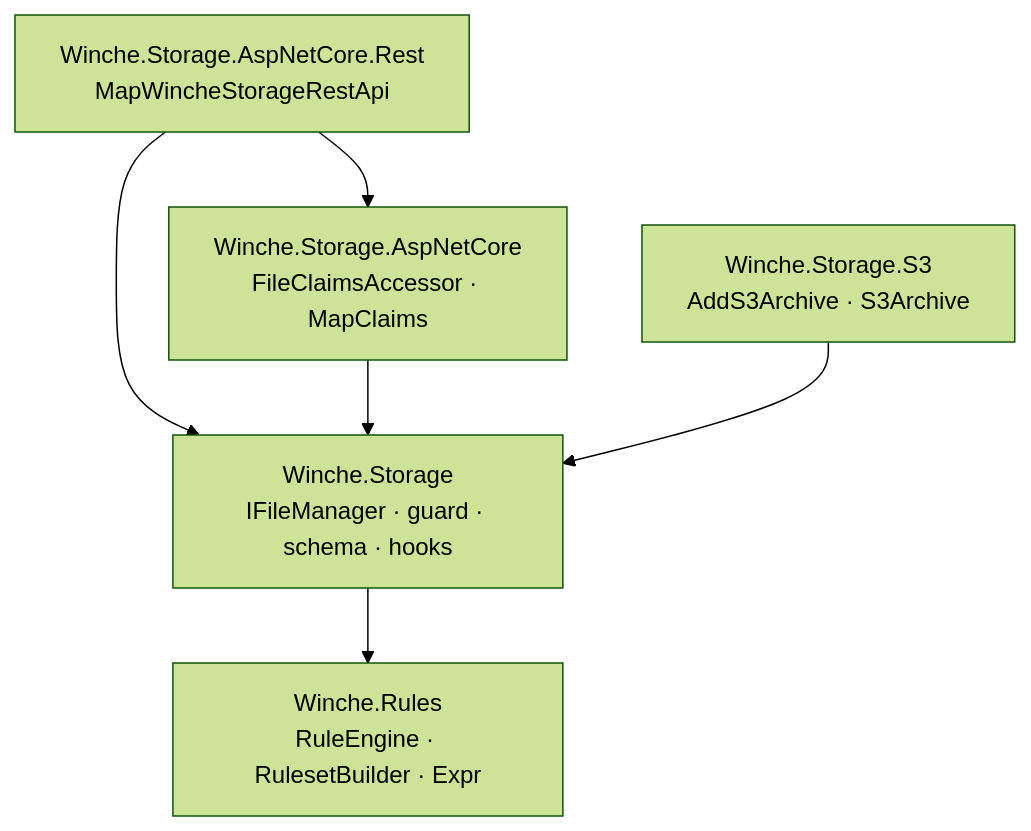
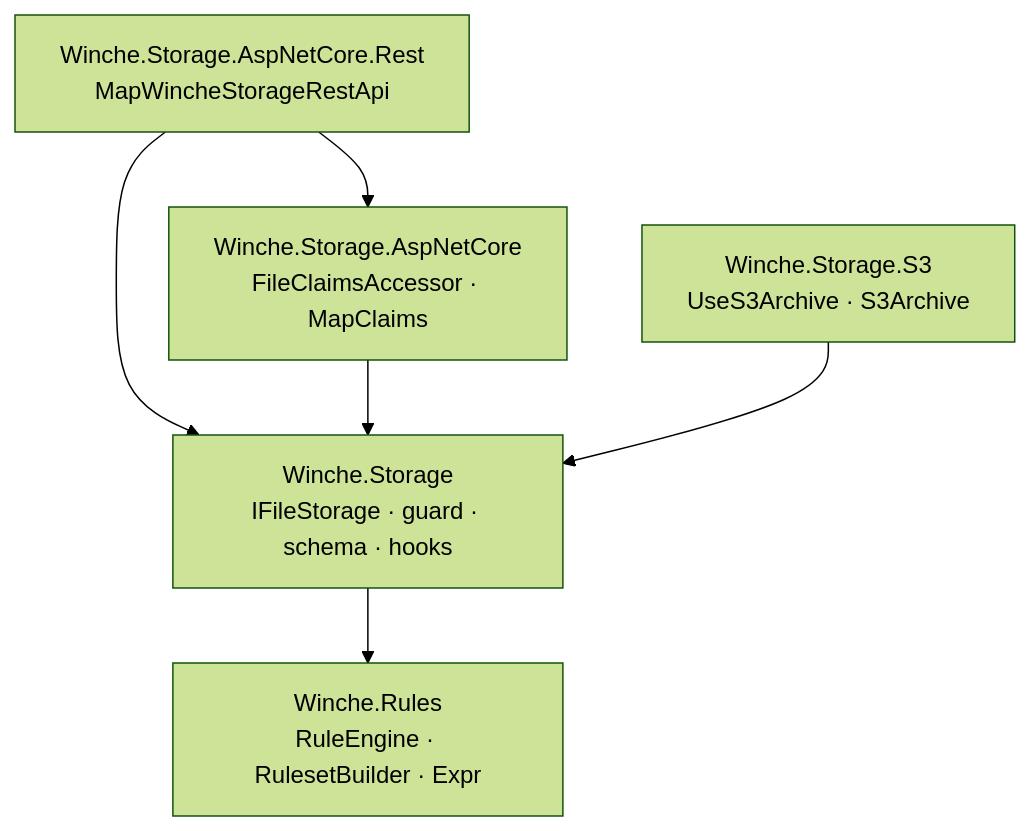
Before and after one commit to FlameOfUdun/winche-storage: the first of 6 diagrams in README.md, drawn with Mermaid (forest theme). The commit also changed other lines of this file and 23 other files, not shown here.

````diff
--- a/README.md
+++ b/README.md
@@ -20,14 +20,14 @@
 ```mermaid
 flowchart TD
     Rest["Winche.Storage.AspNetCore.Rest<br/>MapWincheStorageRestApi"]
     Base["Winche.Storage.AspNetCore<br/>FileClaimsAccessor · MapClaims"]
-    S3["Winche.Storage.S3<br/>AddS3Archive · S3Archive"]
-    Core["Winche.Storage<br/>IFileManager · guard · schema · hooks"]
+    S3["Winche.Storage.S3<br/>UseS3Archive · S3Archive"]
+    Core["Winche.Storage<br/>IFileStorage · guard · schema · hooks"]
     Rules["Winche.Rules<br/>RuleEngine · RulesetBuilder · Expr"]
 
     Rest --> Base
     Rest --> Core
     Base --> Core
     S3 --> Core
     Core --> Rules
 ```
````
